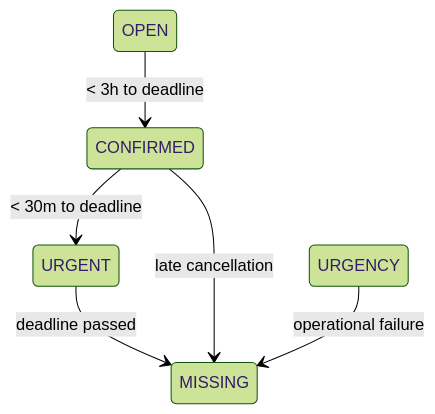
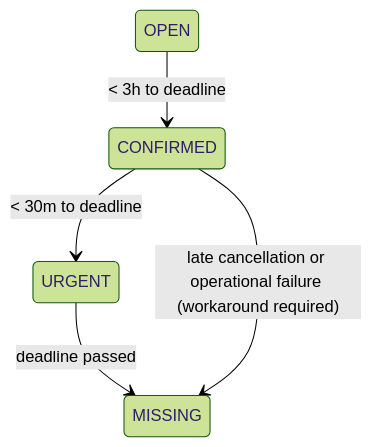
Before and after one commit to ndrspgalan/Logistics-Operations-Improvement-System: the diagram in README Mini-Project-1.md, drawn with Mermaid (forest theme).

Commit message:
Update README Mini-Project-1.md

````diff
--- a/README Mini-Project-1.md
+++ b/README Mini-Project-1.md
@@ -31,10 +31,9 @@
 ```mermaid
 stateDiagram-v2
 
 OPEN --> CONFIRMED : < 3h to deadline
 CONFIRMED --> URGENT : < 30m to deadline
 URGENT --> MISSING : deadline passed
 
-CONFIRMED --> MISSING : late cancellation
-URGENCY --> MISSING : operational failure
+CONFIRMED --> MISSING : late cancellation or operational failure (workaround required)
 ```
````
